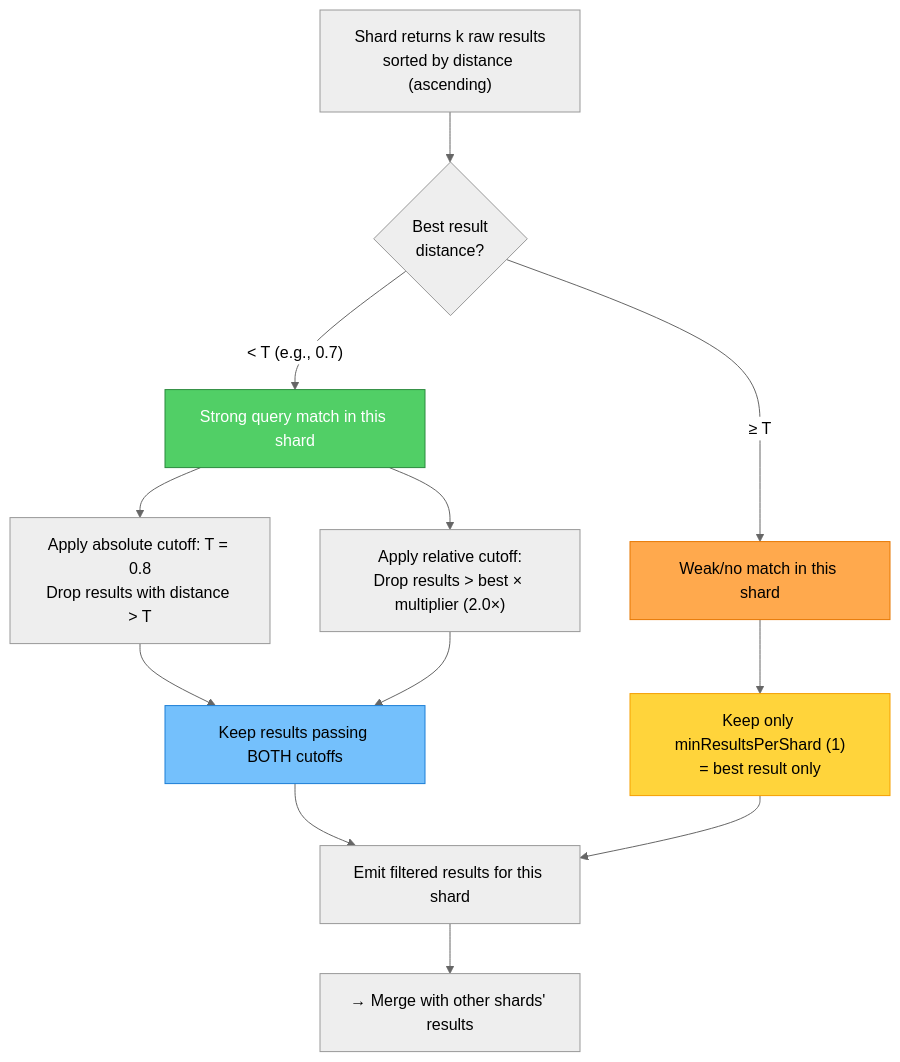
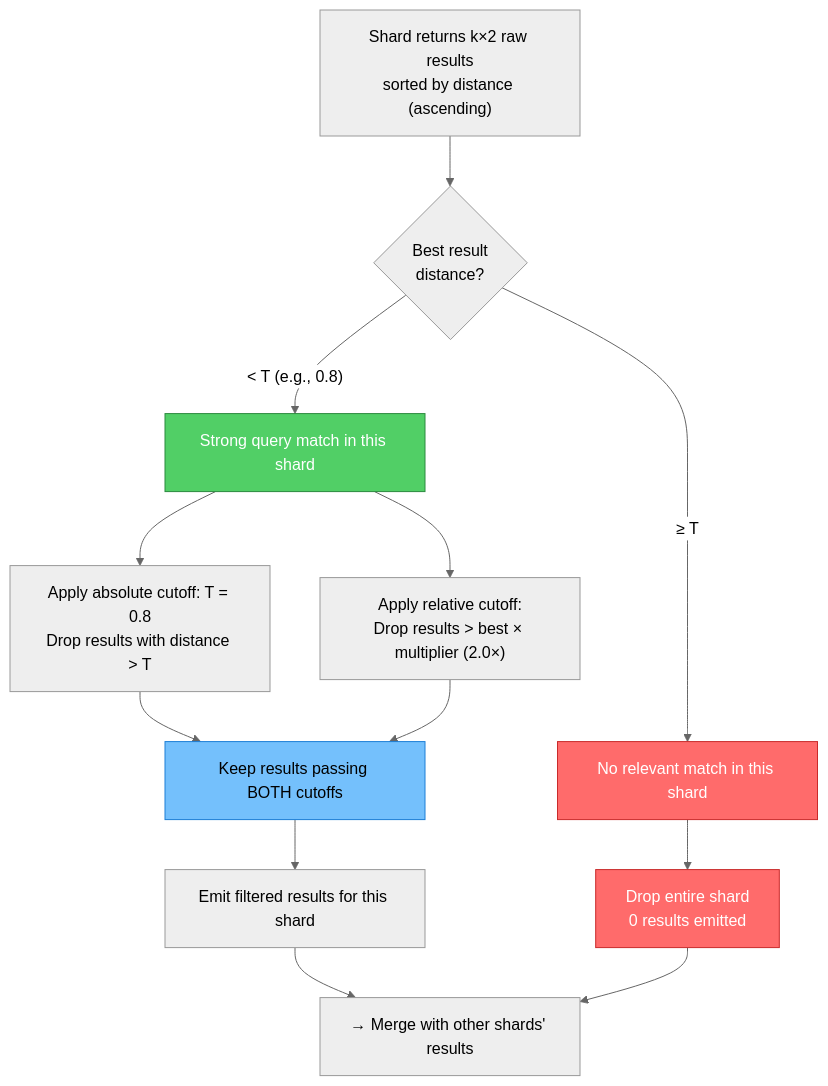
Before and after one commit to matthiasn/lotti: diagram 21 of 27 in docs/implementation_plans/2026-03-07_sharded_vector_search.md, drawn with Mermaid (neutral theme). The commit also changed other lines of this file, not shown here.

````diff
--- a/docs/implementation_plans/2026-03-07_sharded_vector_search.md
+++ b/docs/implementation_plans/2026-03-07_sharded_vector_search.md
@@ -662,26 +1097,26 @@
 ```mermaid
 flowchart TD
-    START["Shard returns k raw results<br/>sorted by distance (ascending)"]
+    START["Shard returns k×2 raw results<br/>sorted by distance (ascending)"]
 
     START --> BEST{"Best result<br/>distance?"}
 
-    BEST -->|"< T (e.g., 0.7)"| GOOD["Strong query match in this shard"]
-    BEST -->|"≥ T"| WEAK["Weak/no match in this shard"]
+    BEST -->|"< T (e.g., 0.8)"| GOOD["Strong query match in this shard"]
+    BEST -->|"≥ T"| WEAK["No relevant match in this shard"]
 
     GOOD --> APPLY_ABS["Apply absolute cutoff: T = 0.8<br/>Drop results with distance > T"]
     GOOD --> APPLY_REL["Apply relative cutoff:<br/>Drop results > best × multiplier (2.0×)"]
     APPLY_ABS --> INTERSECT["Keep results passing BOTH cutoffs"]
     APPLY_REL --> INTERSECT
 
-    WEAK --> KEEP_MIN["Keep only minResultsPerShard (1)<br/>= best result only"]
+    WEAK --> DROP_ALL["Drop entire shard<br/>0 results emitted"]
 
     INTERSECT --> EMIT["Emit filtered results for this shard"]
-    KEEP_MIN --> EMIT
 
     EMIT --> MERGE["→ Merge with other shards' results"]
+    DROP_ALL --> MERGE
 
     style GOOD fill:#51cf66,stroke:#2b8a3e,color:#fff
-    style WEAK fill:#ffa94d,stroke:#e67700
+    style WEAK fill:#ff6b6b,stroke:#c92a2a,color:#fff
+    style DROP_ALL fill:#ff6b6b,stroke:#c92a2a,color:#fff
     style INTERSECT fill:#74c0fc,stroke:#1c7ed6
-    style KEEP_MIN fill:#ffd43b,stroke:#f59f00
 ```
````
